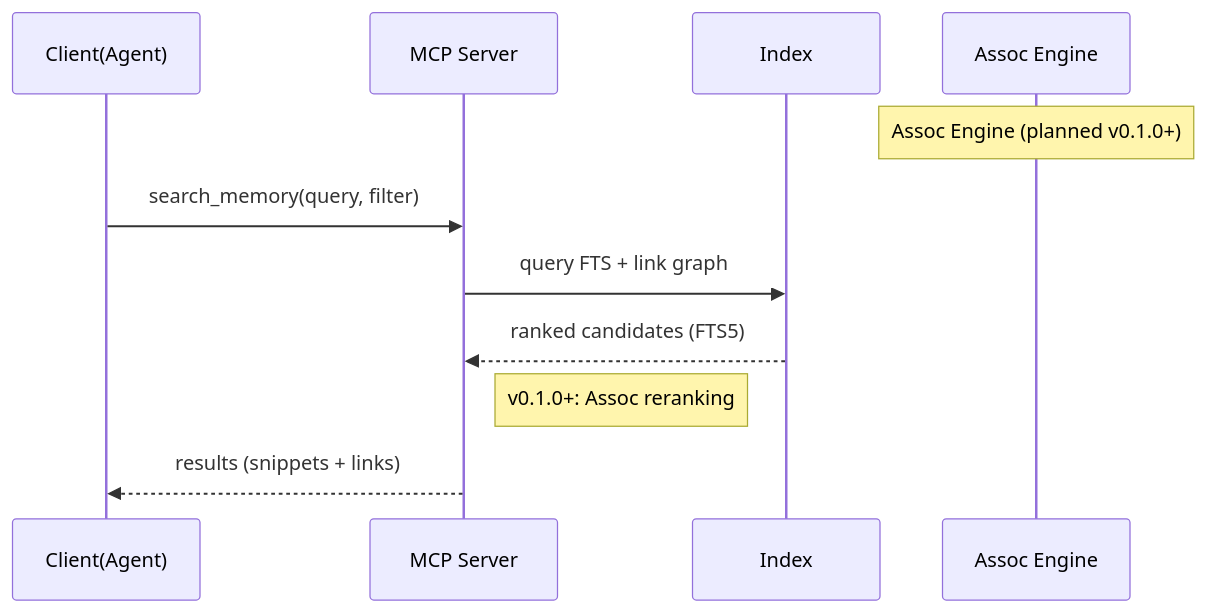
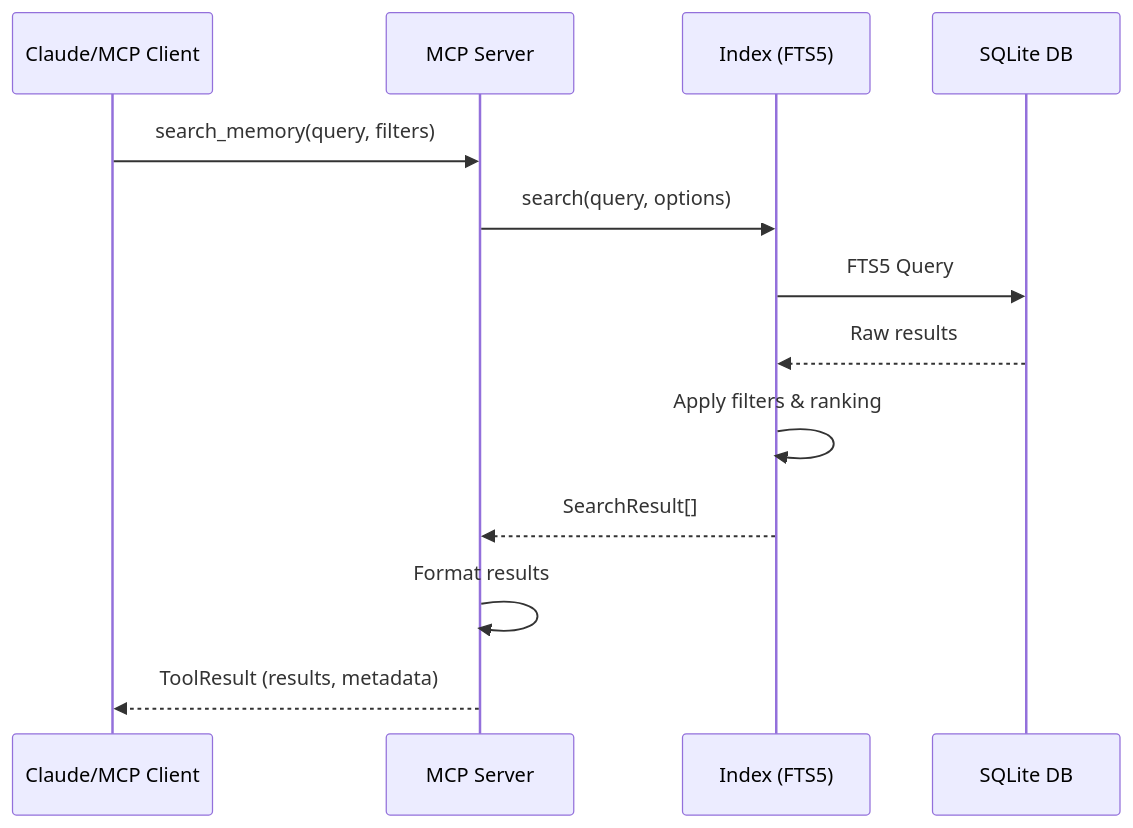
The third of 9 diagrams in docs/ARCHITECTURE.md (inchan/zettel-memory), drawn with Mermaid before and after one commit. The commit also changed other lines of this file and 17 other files, not shown here.

````diff
--- a/docs/ARCHITECTURE.md
+++ b/docs/ARCHITECTURE.md
@@ -34,14 +81,16 @@
 ```mermaid
 sequenceDiagram
-    participant Client as Client(Agent)
-    participant MCP as MCP Server
-    participant Index as Index
-    Note over Assoc: Assoc Engine (planned v0.1.0+)
-    participant Assoc as Assoc Engine
+    participant C as Claude/MCP Client
+    participant M as MCP Server
+    participant I as Index (FTS5)
+    participant D as SQLite DB
 
-    Client->>MCP: search_memory(query, filter)
-    MCP->>Index: query FTS + link graph
-    Index-->>MCP: ranked candidates (FTS5)
-    Note right of MCP: v0.1.0+: Assoc reranking
-    MCP-->>Client: results (snippets + links)
+    C->>M: search_memory(query, filters)
+    M->>I: search(query, options)
+    I->>D: FTS5 Query
+    D-->>I: Raw results
+    I->>I: Apply filters & ranking
+    I-->>M: SearchResult[]
+    M->>M: Format results
+    M-->>C: ToolResult (results, metadata)
 ```
````
